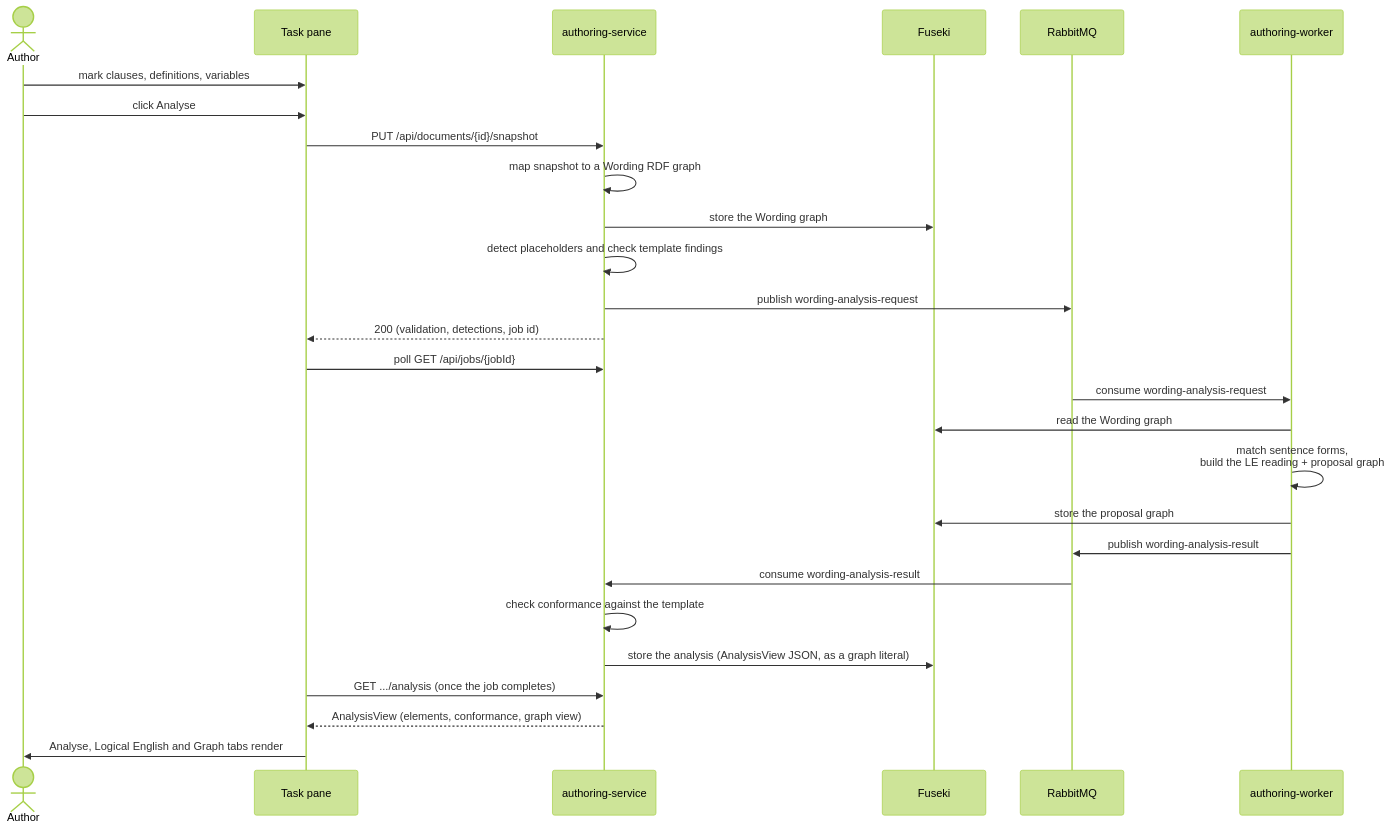
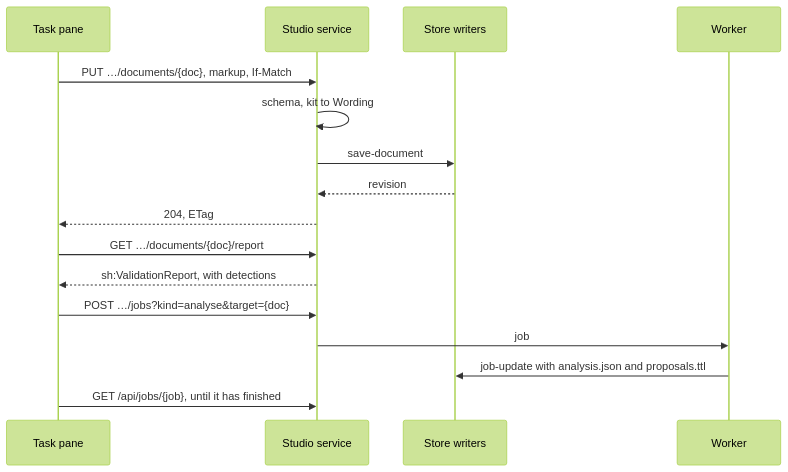
Before and after one commit to nebularis/lattice: the diagram in apps/word-authoring-addin/README.md, drawn with Mermaid (forest theme). The commit also changed other lines of this file and 213 other files, not shown here.

First line of the commit message:
[config-studio] CS12d and CS12e: the document report, the proof of concept retired, one stack

````diff
--- a/apps/word-authoring-addin/README.md
+++ b/apps/word-authoring-addin/README.md
@@ -84,30 +18,18 @@
 ```mermaid
 sequenceDiagram
-    actor Author
     participant Pane as Task pane
-    participant Svc as authoring-service
-    participant Fuseki
-    participant MQ as RabbitMQ
-    participant Worker as authoring-worker
-
-    Author->>Pane: mark clauses, definitions, variables
-    Author->>Pane: click Analyse
-    Pane->>Svc: PUT /api/documents/{id}/snapshot
-    Svc->>Svc: map snapshot to a Wording RDF graph
-    Svc->>Fuseki: store the Wording graph
-    Svc->>Svc: detect placeholders and check template findings
-    Svc->>MQ: publish wording-analysis-request
-    Svc-->>Pane: 200 (validation, detections, job id)
-    Pane->>Svc: poll GET /api/jobs/{jobId}
-    MQ->>Worker: consume wording-analysis-request
-    Worker->>Fuseki: read the Wording graph
-    Worker->>Worker: match sentence forms,<br/>build the LE reading + proposal graph
-    Worker->>Fuseki: store the proposal graph
-    Worker->>MQ: publish wording-analysis-result
-    MQ->>Svc: consume wording-analysis-result
-    Svc->>Svc: check conformance against the template
-    Svc->>Fuseki: store the analysis (AnalysisView JSON, as a graph literal)
-    Pane->>Svc: GET .../analysis (once the job completes)
-    Svc-->>Pane: AnalysisView (elements, conformance, graph view)
-    Pane->>Author: Analyse, Logical English and Graph tabs render
+    participant Svc as Studio service
+    participant W as Store writers
+    participant Wk as Worker
+    Pane->>Svc: PUT …/documents/{doc}, markup, If-Match
+    Svc->>Svc: schema, kit to Wording
+    Svc->>W: save-document
+    W-->>Svc: revision
+    Svc-->>Pane: 204, ETag
+    Pane->>Svc: GET …/documents/{doc}/report
+    Svc-->>Pane: sh:ValidationReport, with detections
+    Pane->>Svc: POST …/jobs?kind=analyse&target={doc}
+    Svc->>Wk: job
+    Wk->>W: job-update with analysis.json and proposals.ttl
+    Pane->>Svc: GET /api/jobs/{job}, until it has finished
 ```
````
